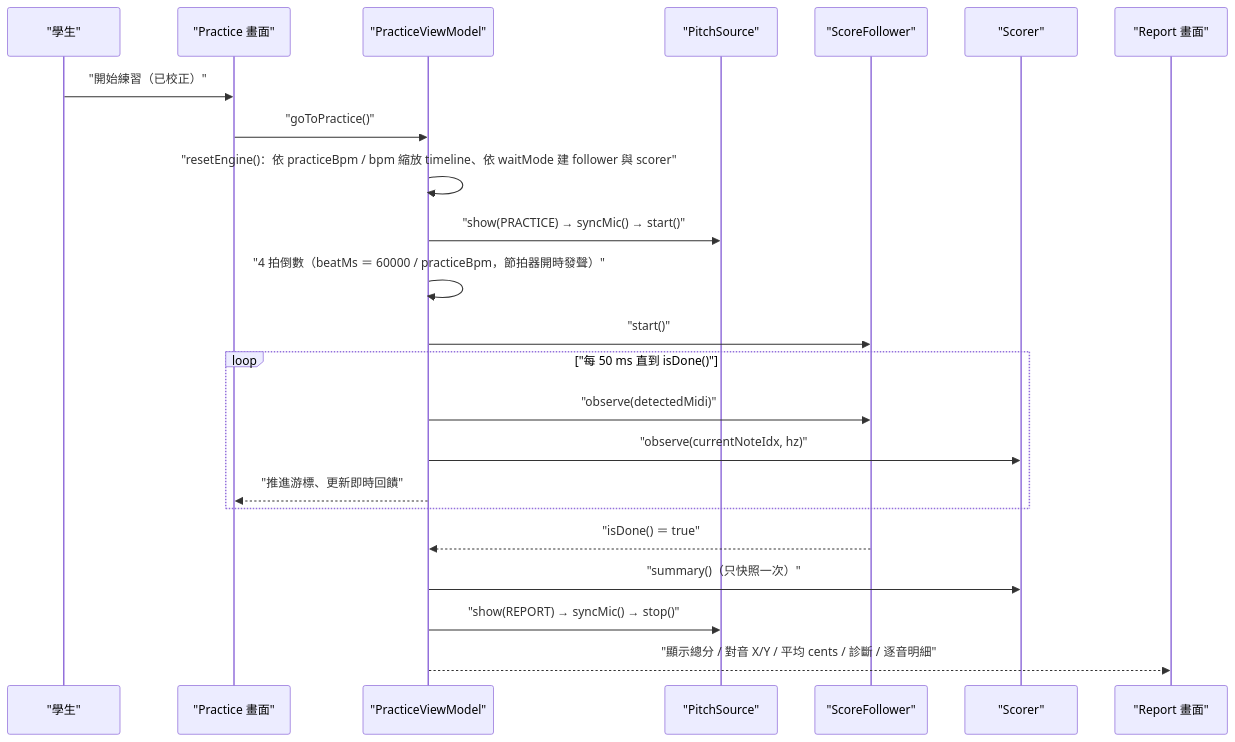
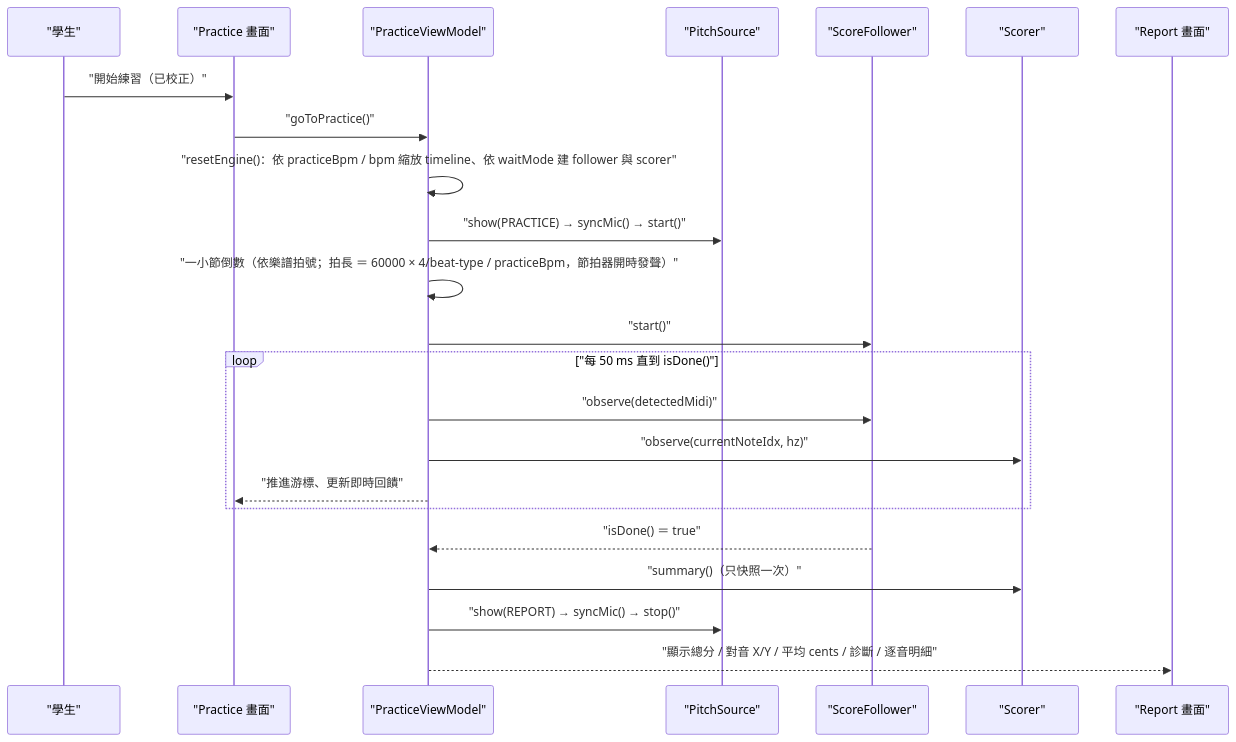
Before and after one commit to ue0705/music_app: the third of 7 diagrams in docs/arc42/06_runtime_view.md, drawn with Mermaid. The commit also changed other lines of this file and 20 other files, not shown here.

````diff
--- a/docs/arc42/06_runtime_view.md
+++ b/docs/arc42/06_runtime_view.md
@@ -82,26 +84,26 @@
 ```mermaid
 sequenceDiagram
   participant U as "學生"
   participant UI as "Practice 畫面"
   participant VM as "PracticeViewModel"
   participant MIC as "PitchSource"
   participant SF as "ScoreFollower"
   participant SC as "Scorer"
   participant REP as "Report 畫面"
 
   U->>UI: "開始練習（已校正）"
   UI->>VM: "goToPractice()"
   VM->>VM: "resetEngine()：依 practiceBpm / bpm 縮放 timeline、依 waitMode 建 follower 與 scorer"
   VM->>MIC: "show(PRACTICE) → syncMic() → start()"
-  VM->>VM: "4 拍倒數（beatMs ＝ 60000 / practiceBpm，節拍器開時發聲）"
+  VM->>VM: "一小節倒數（依樂譜拍號；拍長 ＝ 60000 × 4/beat-type / practiceBpm，節拍器開時發聲）"
   VM->>SF: "start()"
   loop "每 50 ms 直到 isDone()"
     VM->>SF: "observe(detectedMidi)"
     VM->>SC: "observe(currentNoteIdx, hz)"
     VM-->>UI: "推進游標、更新即時回饋"
   end
   SF-->>VM: "isDone() ＝ true"
   VM->>SC: "summary()（只快照一次）"
   VM->>MIC: "show(REPORT) → syncMic() → stop()"
   VM-->>REP: "顯示總分 / 對音 X/Y / 平均 cents / 診斷 / 逐音明細"
 ```
````
